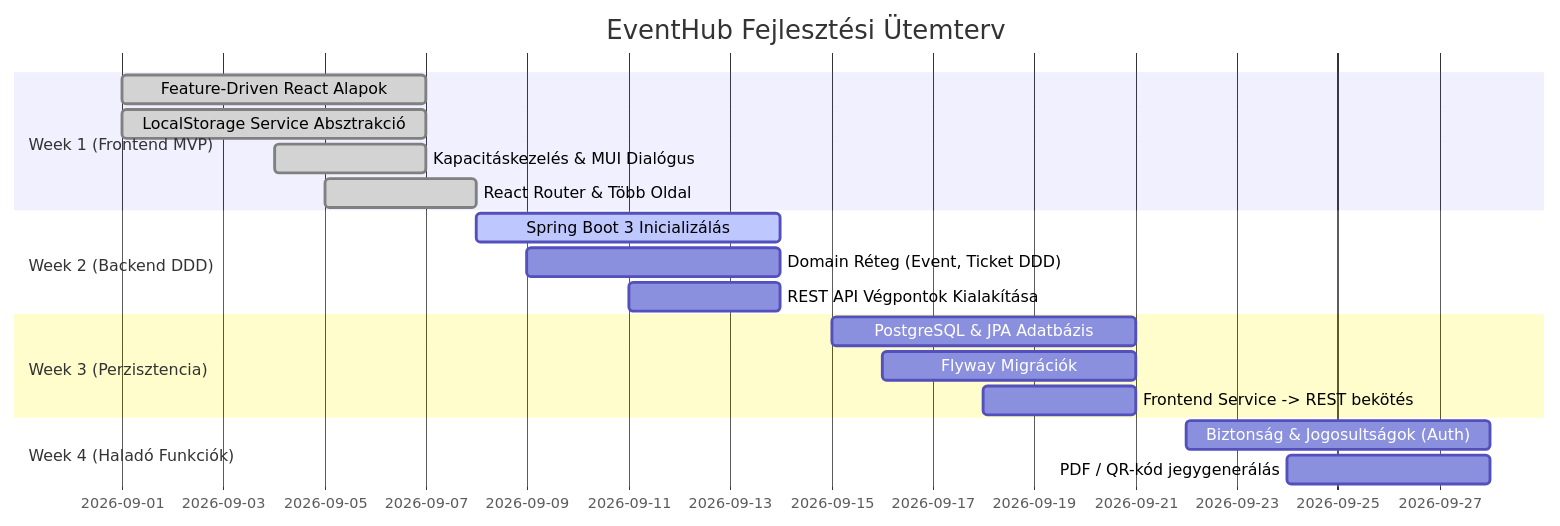
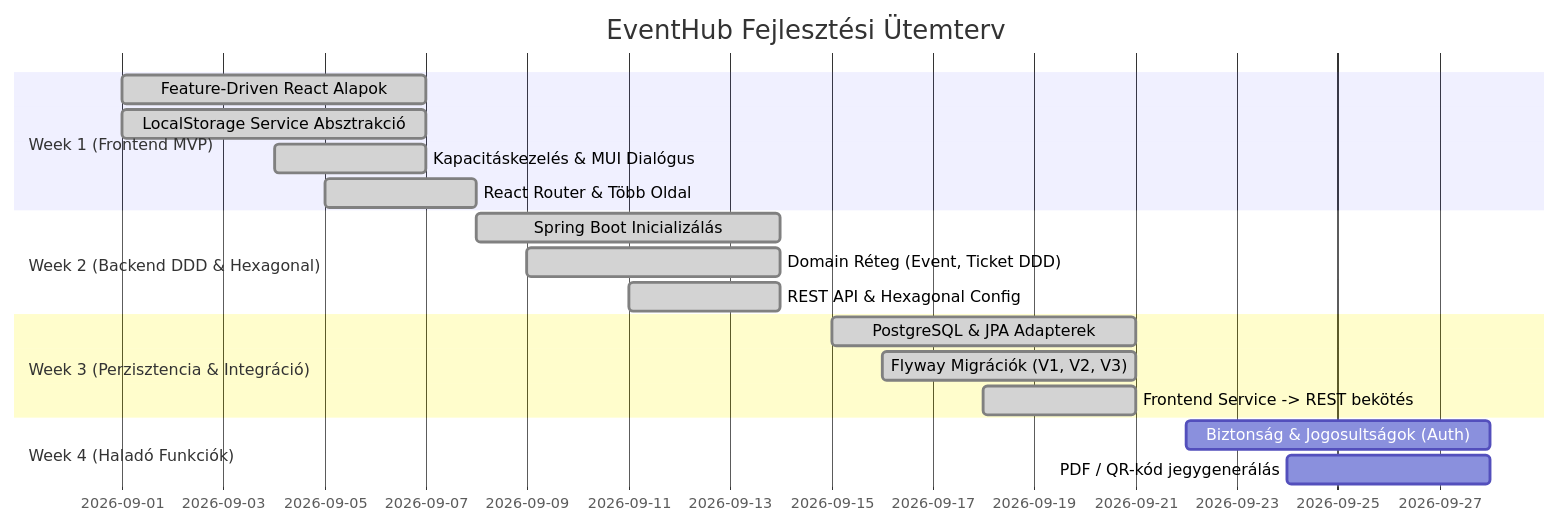
The diagram in docs/architecture.md (vaszil1337/EventHub), drawn with Mermaid before and after one commit. The commit also changed other lines of this file and 70 other files, not shown here.

Commit message:
spring backend

````diff
--- a/docs/architecture.md
+++ b/docs/architecture.md
@@ -150,21 +164,21 @@
 ```mermaid
 gantt
     title EventHub Fejlesztési Ütemterv
     dateFormat  YYYY-MM-DD
     section Week 1 (Frontend MVP)
     Feature-Driven React Alapok      :done,    des1, 2026-09-01, 2026-09-07
     LocalStorage Service Absztrakció :done,    des2, 2026-09-01, 2026-09-07
     Kapacitáskezelés & MUI Dialógus  :done,    des3, 2026-09-04, 2026-09-07
     React Router & Több Oldal        :done,    des4, 2026-09-05, 2026-09-08
-    section Week 2 (Backend DDD)
-    Spring Boot 3 Inicializálás      :active,  des5, 2026-09-08, 2026-09-14
-    Domain Réteg (Event, Ticket DDD) :         des6, 2026-09-09, 2026-09-14
-    REST API Végpontok Kialakítása   :         des7, 2026-09-11, 2026-09-14
-    section Week 3 (Perzisztencia)
-    PostgreSQL & JPA Adatbázis       :         des8, 2026-09-15, 2026-09-21
-    Flyway Migrációk                 :         des9, 2026-09-16, 2026-09-21
-    Frontend Service -> REST bekötés :         des10, 2026-09-18, 2026-09-21
+    section Week 2 (Backend DDD & Hexagonal)
+    Spring Boot Inicializálás        :done,    des5, 2026-09-08, 2026-09-14
+    Domain Réteg (Event, Ticket DDD) :done,    des6, 2026-09-09, 2026-09-14
+    REST API & Hexagonal Config      :done,    des7, 2026-09-11, 2026-09-14
+    section Week 3 (Perzisztencia & Integráció)
+    PostgreSQL & JPA Adapterek       :done,    des8, 2026-09-15, 2026-09-21
+    Flyway Migrációk (V1, V2, V3)    :done,    des9, 2026-09-16, 2026-09-21
+    Frontend Service -> REST bekötés :done,    des10, 2026-09-18, 2026-09-21
     section Week 4 (Haladó Funkciók)
     Biztonság & Jogosultságok (Auth) :         des11, 2026-09-22, 2026-09-28
     PDF / QR-kód jegygenerálás       :         des12, 2026-09-24, 2026-09-28
 ```
````
